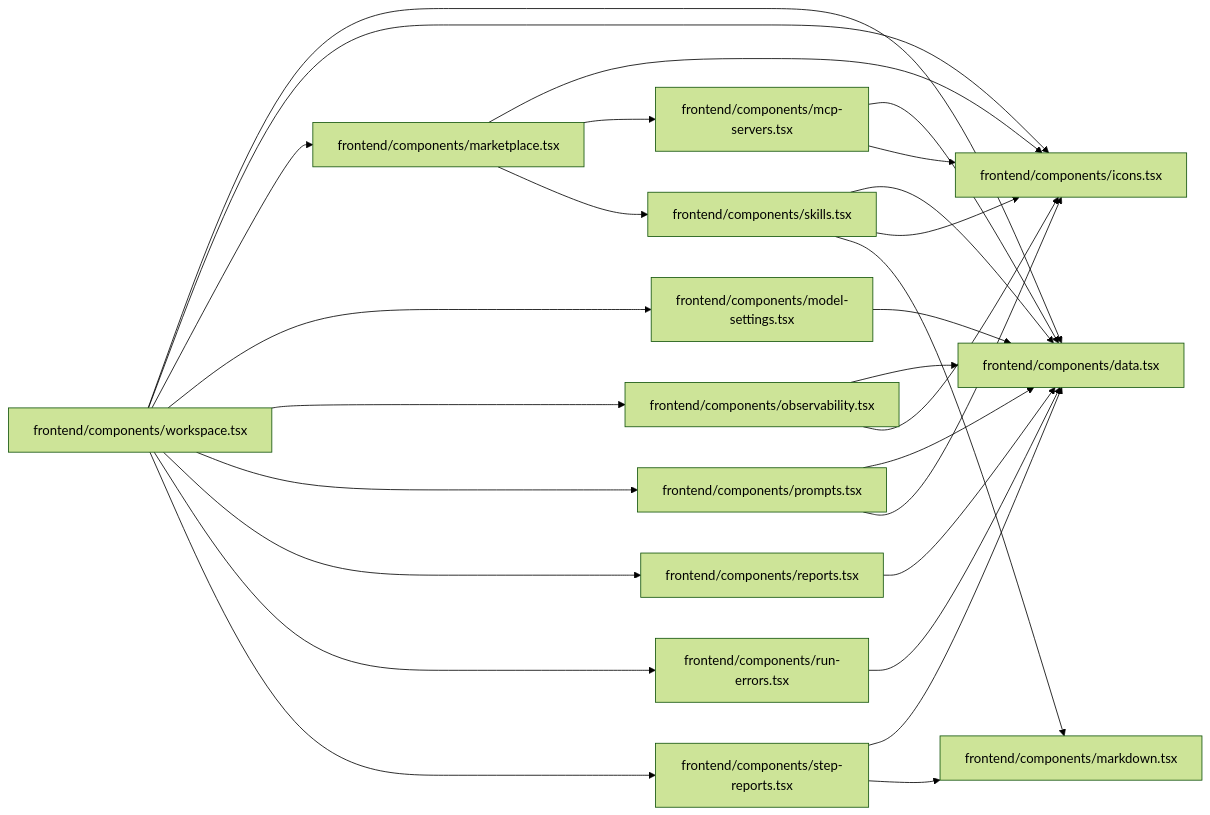
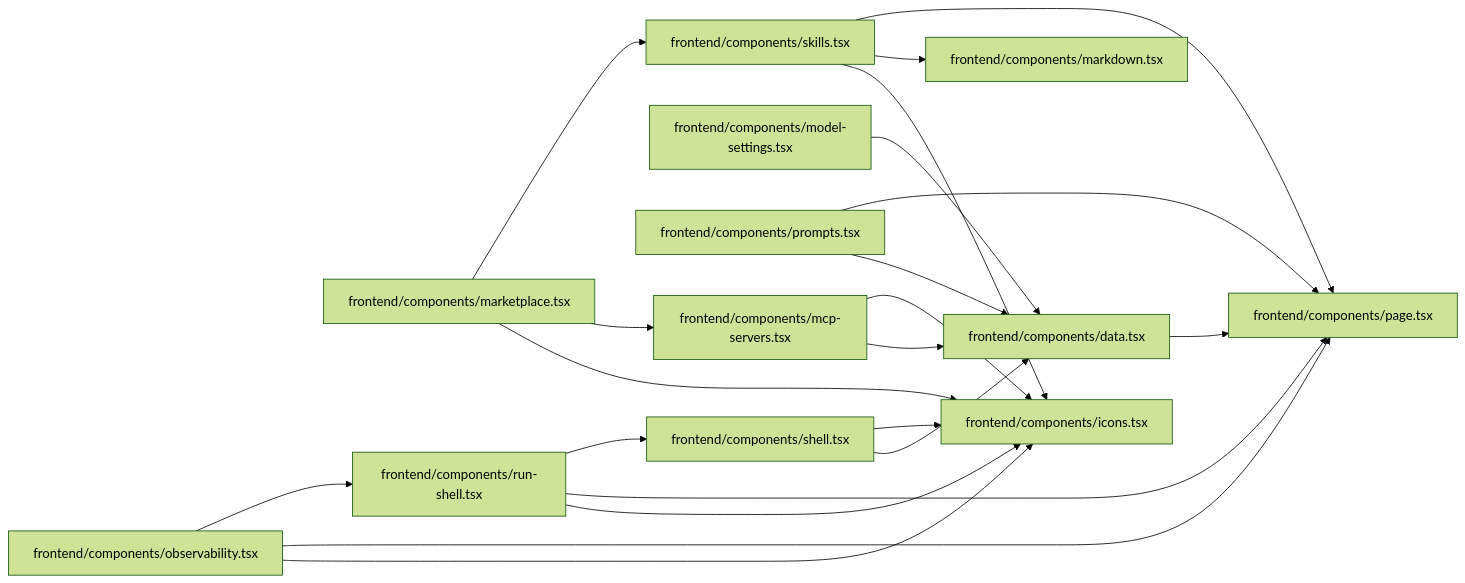
The eighth of 21 diagrams in docs/ARCHITECTURE_MAP.md (sarveshtalele/maf-harness-testing), drawn with Mermaid (forest theme) before and after one commit. The commit also changed other lines of this file and 1 other file, not shown here.

Commit message:
docs(ui): frontend guide for routes and page template; regenerate architecture map

````diff
--- a/docs/ARCHITECTURE_MAP.md
+++ b/docs/ARCHITECTURE_MAP.md
@@ -291,42 +314,35 @@
 ```mermaid
 flowchart LR
   f0["frontend/components/data.tsx"]
   f1["frontend/components/icons.tsx"]
   f2["frontend/components/markdown.tsx"]
   f3["frontend/components/marketplace.tsx"]
   f4["frontend/components/mcp-servers.tsx"]
   f5["frontend/components/model-settings.tsx"]
   f6["frontend/components/observability.tsx"]
-  f7["frontend/components/prompts.tsx"]
-  f8["frontend/components/reports.tsx"]
-  f9["frontend/components/run-errors.tsx"]
-  f10["frontend/components/skills.tsx"]
-  f11["frontend/components/step-reports.tsx"]
-  f12["frontend/components/workspace.tsx"]
+  f7["frontend/components/page.tsx"]
+  f8["frontend/components/prompts.tsx"]
+  f9["frontend/components/run-shell.tsx"]
+  f10["frontend/components/shell.tsx"]
+  f11["frontend/components/skills.tsx"]
+  f0 --> f7
   f3 --> f1
   f3 --> f4
-  f3 --> f10
+  f3 --> f11
   f4 --> f0
   f4 --> f1
   f5 --> f0
-  f6 --> f0
   f6 --> f1
-  f7 --> f0
-  f7 --> f1
+  f6 --> f7
+  f6 --> f9
   f8 --> f0
-  f9 --> f0
+  f8 --> f7
+  f9 --> f1
+  f9 --> f7
+  f9 --> f10
   f10 --> f0
   f10 --> f1
-  f10 --> f2
-  f11 --> f0
+  f11 --> f1
   f11 --> f2
-  f12 --> f0
-  f12 --> f1
-  f12 --> f3
-  f12 --> f5
-  f12 --> f6
-  f12 --> f7
-  f12 --> f8
-  f12 --> f9
-  f12 --> f11
+  f11 --> f7
 ```
````
